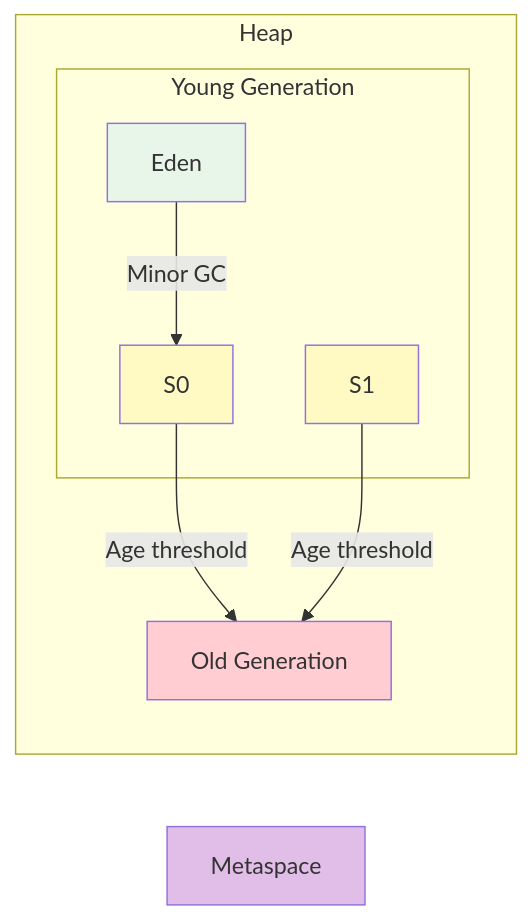
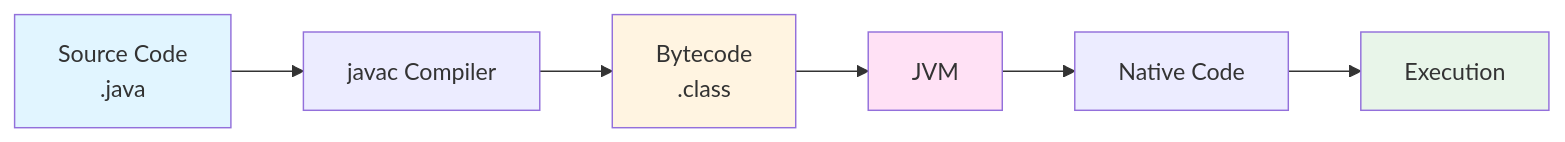
Before and after one commit to Himalay-NRHS/OOPS-docs: the second of 5 diagrams in 00-Java-Basics/Readme.md, drawn with Mermaid. The commit also changed other lines of this file, not shown here.

Commit message:
java basics

````diff
--- a/00-Java-Basics/Readme.md
+++ b/00-Java-Basics/Readme.md
@@ -1419,22 +394,13 @@
 ```mermaid
 graph LR
-    subgraph "Heap"
-        subgraph "Young Generation"
-            A[Eden]
-            B[S0]
-            C[S1]
-        end
-        D[Old Generation]
-    end
-    E[Metaspace]
+    A[Source Code<br/>.java] --> B[javac Compiler]
+    B --> C[Bytecode<br/>.class]
+    C --> D[JVM]
+    D --> E[Native Code]
+    E --> F[Execution]
     
-    A -->|Minor GC| B
-    B -->|Age threshold| D
-    C -->|Age threshold| D
-    
-    style A fill:#e8f5e9
-    style B fill:#fff9c4
-    style C fill:#fff9c4
-    style D fill:#ffcdd2
-    style E fill:#e1bee7
+    style A fill:#e1f5ff
+    style C fill:#fff4e1
+    style D fill:#ffe1f5
+    style F fill:#e8f5e9
 ```
````
